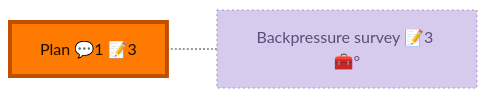
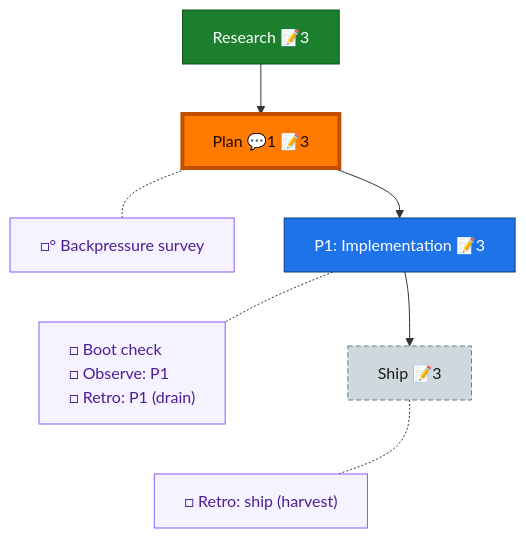
The diagram in docs/plans/042-flow-review-spine-node/the-flow.md (AI-Substrate/harness-engineering), drawn with Mermaid before and after one commit. The commit also changed other lines of this file and 53 other files, not shown here.

First line of the commit message:
docs: close out flow states + land prior-session artifacts (034-052)

````diff
--- a/docs/plans/042-flow-review-spine-node/the-flow.md
+++ b/docs/plans/042-flow-review-spine-node/the-flow.md
@@ -20,12 +8,28 @@
 ```mermaid
-flowchart LR
+flowchart TD
+    research["Research 📝3"]:::done
     plan["Plan 💬1 📝3"]:::done
-    backpressure["Backpressure survey 📝3 🧰°"]:::harnessFaded
-    plan -.- backpressure
+    phase_1["P1: Implementation 📝3"]:::known
+    ship["Ship 📝3"]:::assumed
+
+    research --> plan --> phase_1 --> ship
+
+    planC["□° Backpressure survey"]:::chore
+    phase_1C["□ Boot check<br/>□ Observe: P1<br/>□ Retro: P1 (drain)"]:::chore
+    shipC["□ Retro: ship (harvest)"]:::chore
+
+    %% invisible chain holds the gutter boxes in their own column
+    planC ~~~ phase_1C ~~~ shipC
+
+    %% dotted links pull each gutter box beside its node
+    plan -.- planC
+    phase_1 -.- phase_1C
+    ship -.- shipC
+
     classDef done fill:#1B7F2E,stroke:#0F4F1B,color:#fff;
-    classDef harnessFaded fill:#D6CBEC,stroke:#A892D4,color:#5B4E78;
-    classDef impOptional stroke-dasharray:2 3;
+    classDef known fill:#1E73E8,stroke:#0D3F86,color:#fff;
+    classDef assumed fill:#CFD8DC,stroke:#607D8B,color:#1a1a1a,stroke-dasharray:5 3;
+    classDef chore fill:#f5f3ff,stroke:#8b5cf6,color:#4c1d95,text-align:left;
     classDef current fill:#FF7A00,stroke:#C24E00,color:#1a0e00,stroke-width:4px;
-    class backpressure impOptional;
     class plan current;
 ```
````
